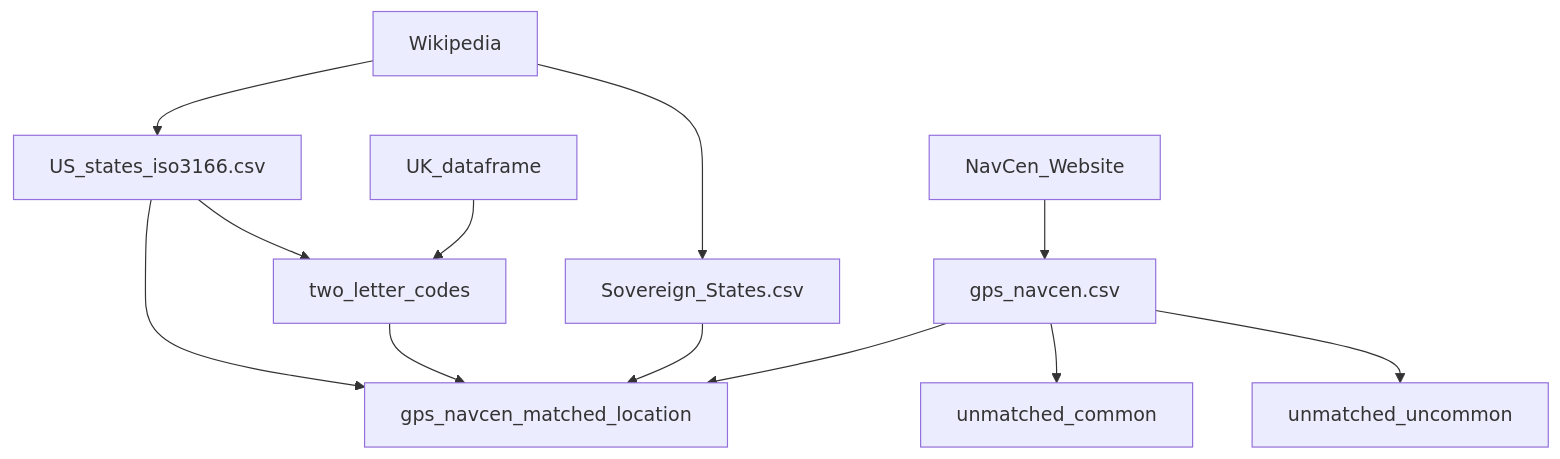
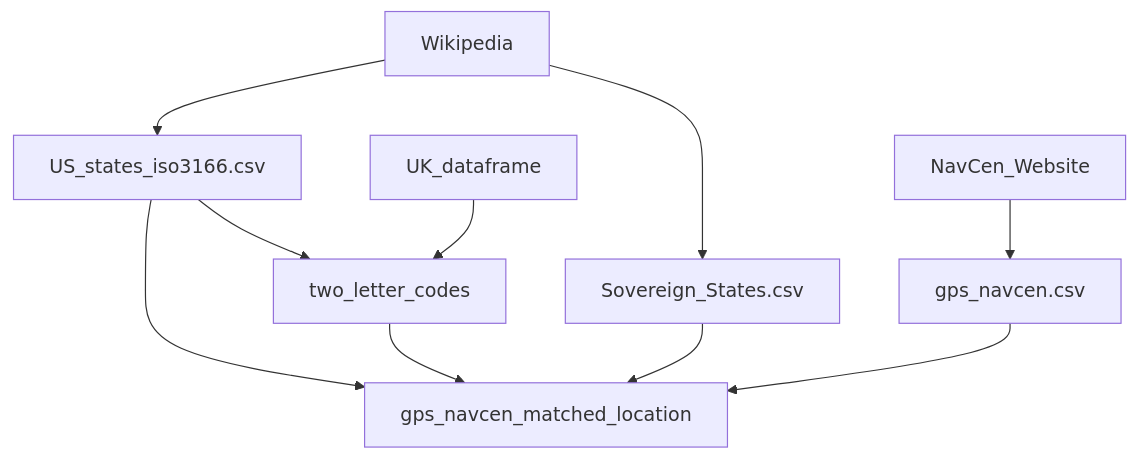
Before and after one commit to stelios-c/GPS_analysis: the diagram in README.md, drawn with Mermaid.

````diff
--- a/README.md
+++ b/README.md
@@ -13,14 +13,12 @@
 ```mermaid
 graph TD;
     NavCen_Website-->gps_navcen.csv;
     Wikipedia--> US_states_iso3166.csv;
     Wikipedia--> Sovereign_States.csv;
     US_states_iso3166.csv--> two_letter_codes;
     UK_dataframe--> two_letter_codes;
     US_states_iso3166.csv-->gps_navcen_matched_location;
     two_letter_codes-->gps_navcen_matched_location;
     Sovereign_States.csv-->gps_navcen_matched_location;
     gps_navcen.csv-->gps_navcen_matched_location;
-    gps_navcen.csv-->unmatched_common;
-    gps_navcen.csv-->unmatched_uncommon;
  ```
````
